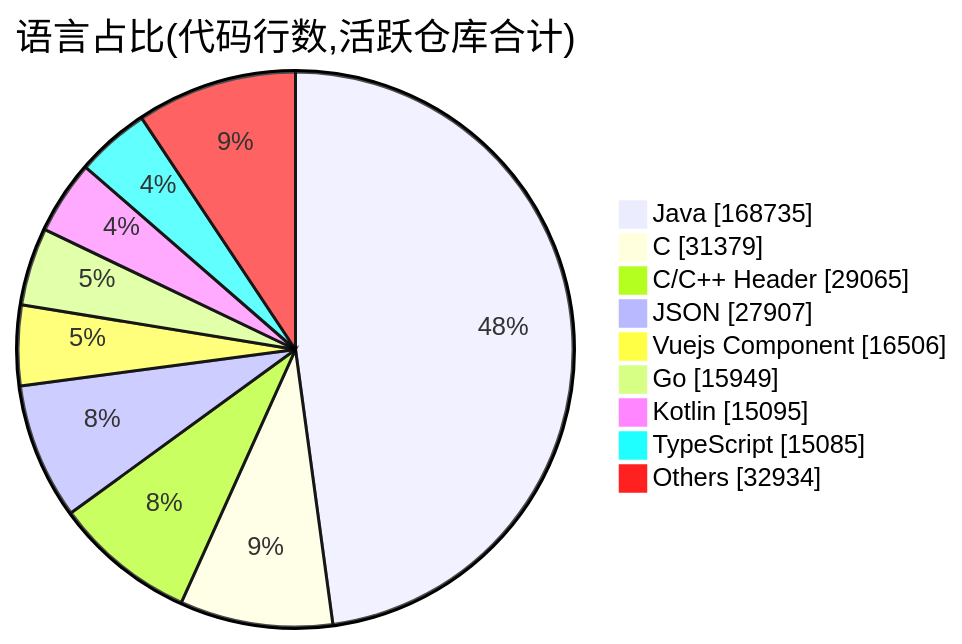
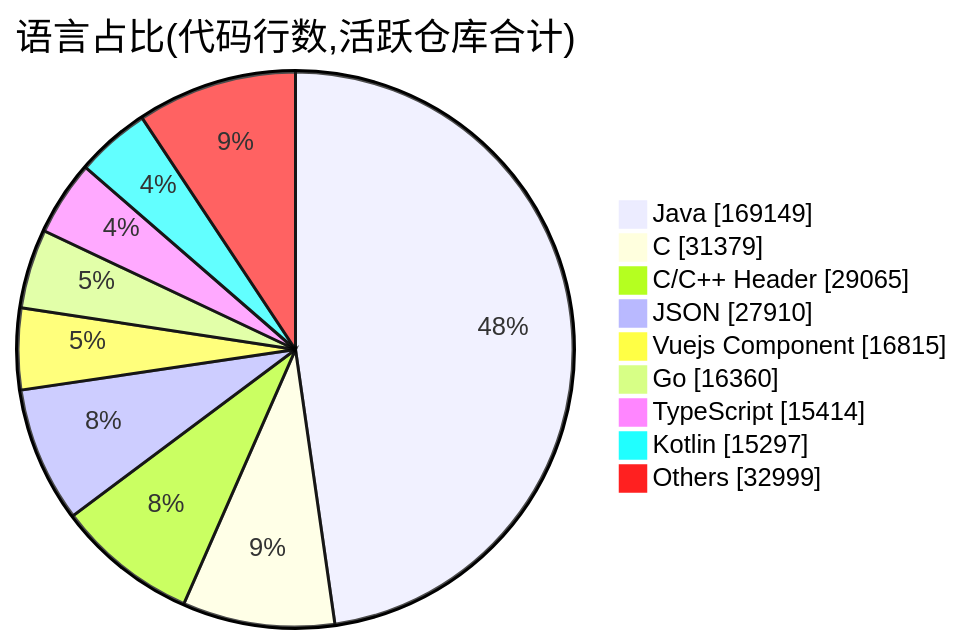
Before and after one commit to Conflux-Union/.github: the second of 2 diagrams in profile/README.md, drawn with Mermaid. The commit also changed other lines of this file and 1 other file, not shown here.

````diff
--- a/profile/README.md
+++ b/profile/README.md
@@ -78,13 +78,13 @@
 ```mermaid
 pie showData
     title 语言占比(代码行数,活跃仓库合计)
-    "Java" : 168735
+    "Java" : 169149
     "C" : 31379
     "C/C++ Header" : 29065
-    "JSON" : 27907
-    "Vuejs Component" : 16506
-    "Go" : 15949
-    "Kotlin" : 15095
-    "TypeScript" : 15085
-    "Others" : 32934
+    "JSON" : 27910
+    "Vuejs Component" : 16815
+    "Go" : 16360
+    "TypeScript" : 15414
+    "Kotlin" : 15297
+    "Others" : 32999
 ```
````
